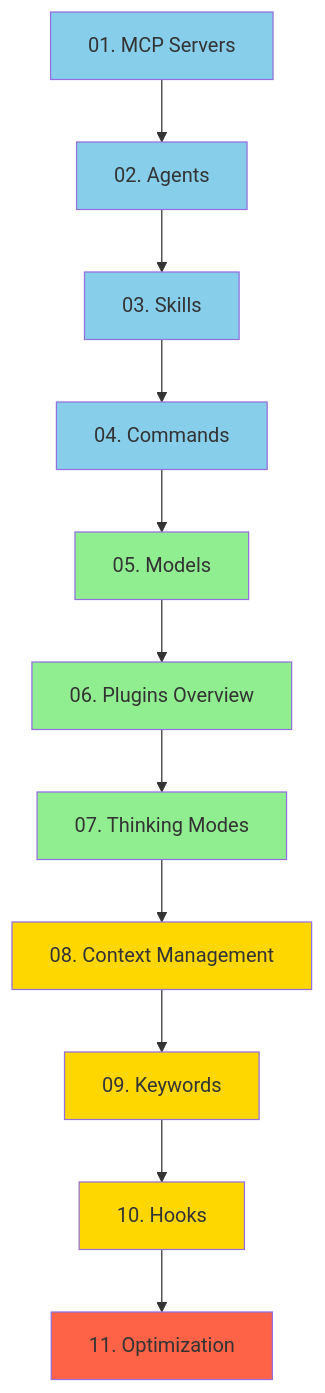
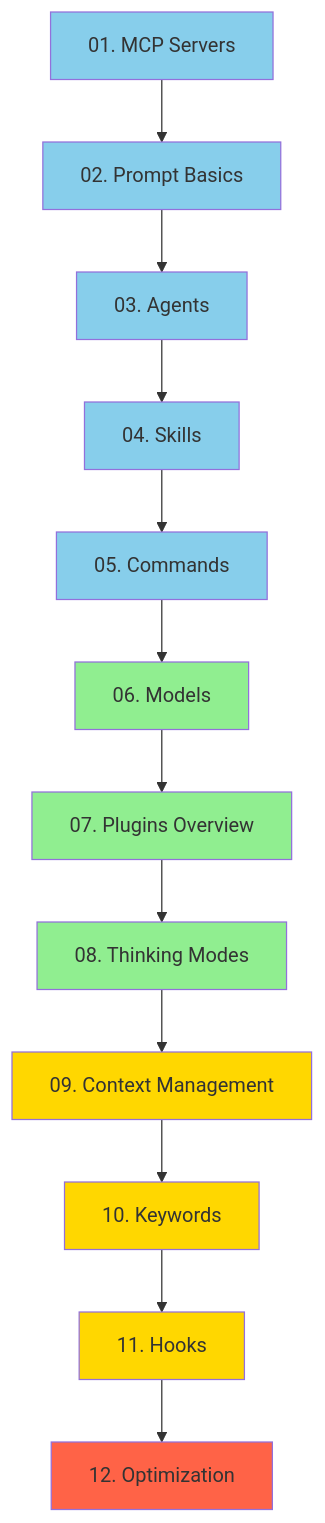
The first of 2 diagrams in TABLE_OF_CONTENTS.md (sxntixgo/claudecode-documentation), drawn with Mermaid before and after one commit. The commit also changed other lines of this file and 105 other files, not shown here.

````diff
--- a/TABLE_OF_CONTENTS.md
+++ b/TABLE_OF_CONTENTS.md
@@ -18,30 +18,32 @@
 ```mermaid
 graph TD
-    A[01. MCP Servers] --> B[02. Agents]
-    B --> C[03. Skills]
-    C --> CMD[04. Commands]
-    CMD --> D[05. Models]
-    D --> P[06. Plugins Overview]
-    P --> E[07. Thinking Modes]
-    E --> F[08. Context Management]
-    F --> G[09. Keywords]
-    G --> H[10. Hooks]
-    H --> I[11. Optimization]
+    A[01. MCP Servers] --> PROMPT[02. Prompt Basics]
+    PROMPT --> B[03. Agents]
+    B --> C[04. Skills]
+    C --> CMD[05. Commands]
+    CMD --> D[06. Models]
+    D --> P[07. Plugins Overview]
+    P --> E[08. Thinking Modes]
+    E --> F[09. Context Management]
+    F --> G[10. Keywords]
+    G --> H[11. Hooks]
+    H --> I[12. Optimization]
 
     style A fill:#87CEEB
+    style PROMPT fill:#87CEEB
     style B fill:#87CEEB
     style C fill:#87CEEB
     style CMD fill:#87CEEB
     style D fill:#90EE90
     style P fill:#90EE90
     style E fill:#90EE90
     style F fill:#FFD700
     style G fill:#FFD700
     style H fill:#FFD700
     style I fill:#FF6347
 
     classDef beginner fill:#87CEEB
     classDef intermediate fill:#90EE90
     classDef advanced fill:#FFD700
     classDef mastery fill:#FF6347
 ```
````
